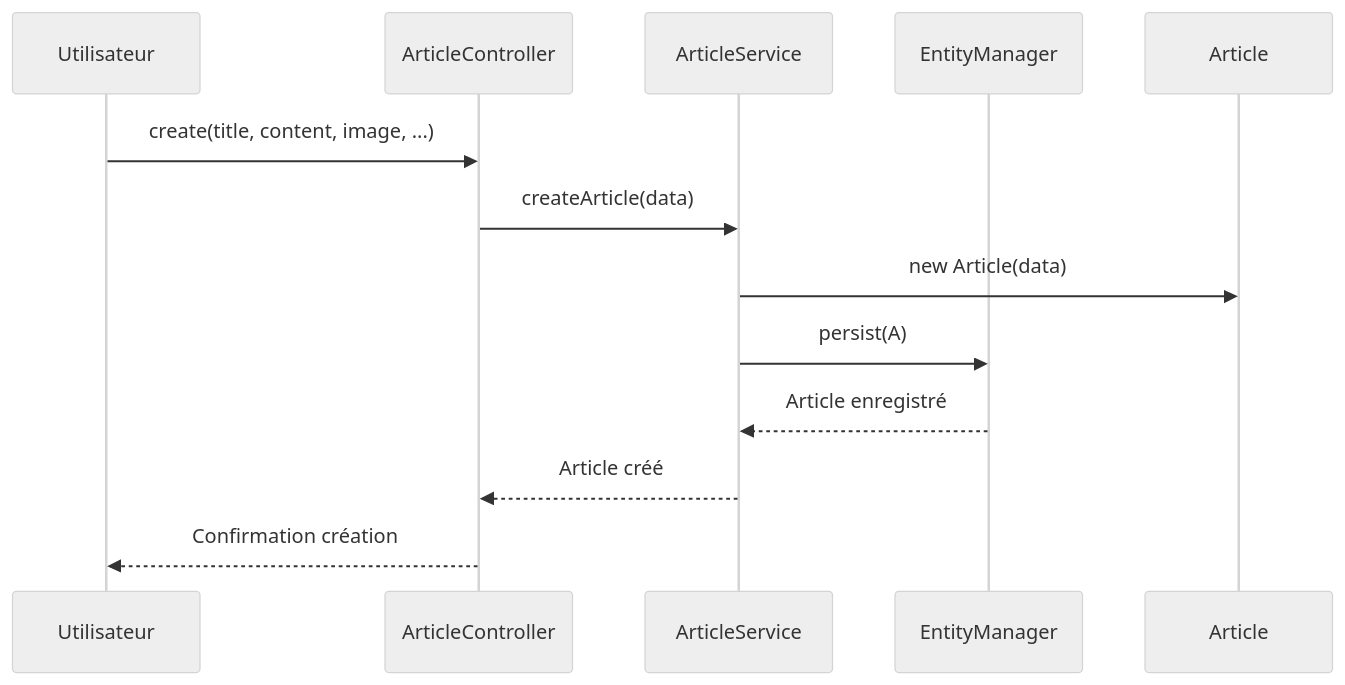
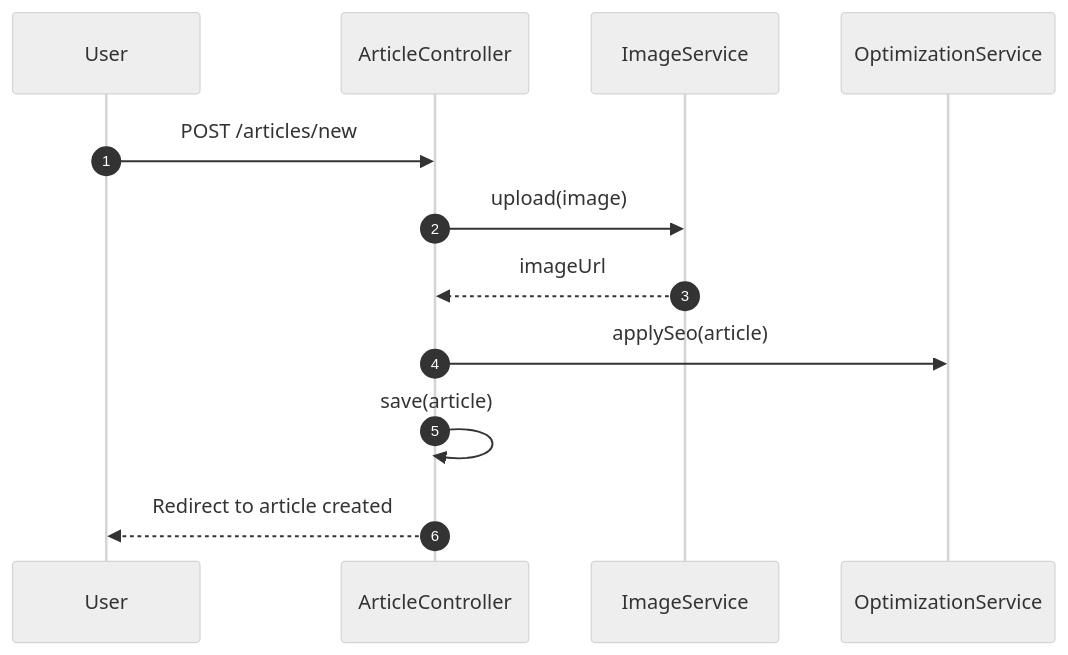
One commit to TraoreHamza/blogMangaAnime changed the seventh of 13 diagrams in Readmes.md. Above: the diagram before and after it, drawn with Mermaid (neutral theme). The commit also changed other lines of this file and 2 other files, not shown here.

Commit message:
Mise à jour de la documentation et ajout de diagrammes d'utilisation, amélioration de la gestion des étoiles de notation et ajout de la fonctionnalité de favoris.

````diff
--- a/Readmes.md
+++ b/Readmes.md
@@ -293,16 +331,10 @@
 ```mermaid
 sequenceDiagram
-    participant U as Utilisateur
-    participant AC as ArticleController
-    participant AS as ArticleService
-    participant EM as EntityManager
-    participant A as Article
-
-    U->>AC: create(title, content, image, ...)
-    AC->>AS: createArticle(data)
-    AS->>A: new Article(data)
-    AS->>EM: persist(A)
-    EM-->>AS: Article enregistré
-    AS-->>AC: Article créé
-    AC-->>U: Confirmation création
+    autonumber
+    User->>ArticleController: POST /articles/new
+    ArticleController->>ImageService: upload(image)
+    ImageService-->>ArticleController: imageUrl
+    ArticleController->>OptimizationService: applySeo(article)
+    ArticleController->>ArticleController: save(article)
+    ArticleController-->>User: Redirect to article created
 ```
````
